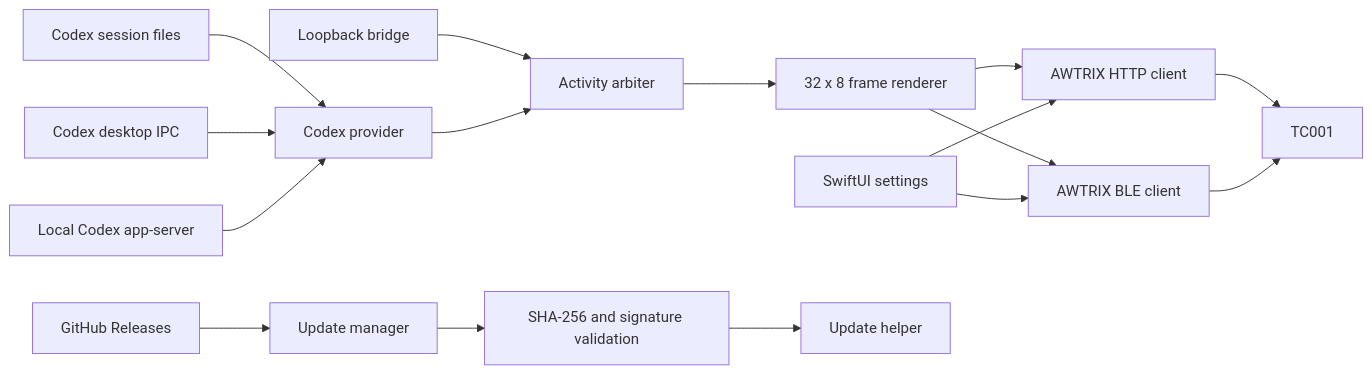
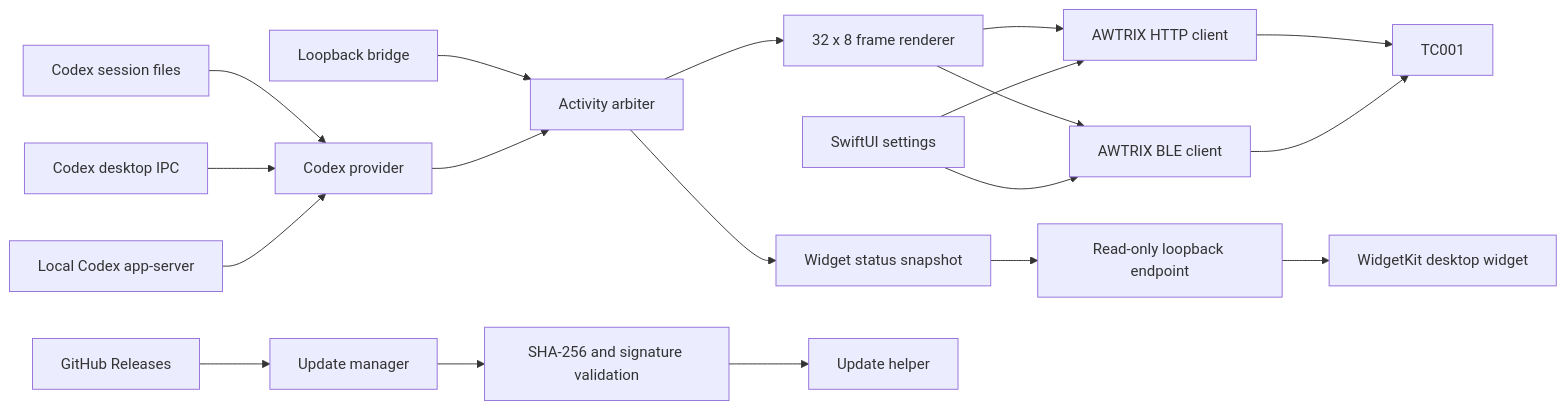
One commit to JesseZhao1990/tc001-codex-bridge-macos changed the diagram in docs/architecture.md. Above: the diagram before and after it, drawn with Mermaid. The commit also changed other lines of this file and 23 other files, not shown here.

````diff
--- a/docs/architecture.md
+++ b/docs/architecture.md
@@ -3,18 +3,21 @@
 ```mermaid
 flowchart LR
     S["Codex session files"] --> P["Codex provider"]
     I["Codex desktop IPC"] --> P
     C["Local Codex app-server"] --> P
     H["Loopback bridge"] --> A["Activity arbiter"]
     P --> A
     A --> R["32 x 8 frame renderer"]
+    A --> Q["Widget status snapshot"]
+    Q --> L["Read-only loopback endpoint"]
+    L --> D["WidgetKit desktop widget"]
     R --> W["AWTRIX HTTP client"]
     R --> B["AWTRIX BLE client"]
     W --> T["TC001"]
     B --> T
     U["SwiftUI settings"] --> W
     U --> B
     G["GitHub Releases"] --> M["Update manager"]
     M --> V["SHA-256 and signature validation"]
     V --> X["Update helper"]
 ```
````
